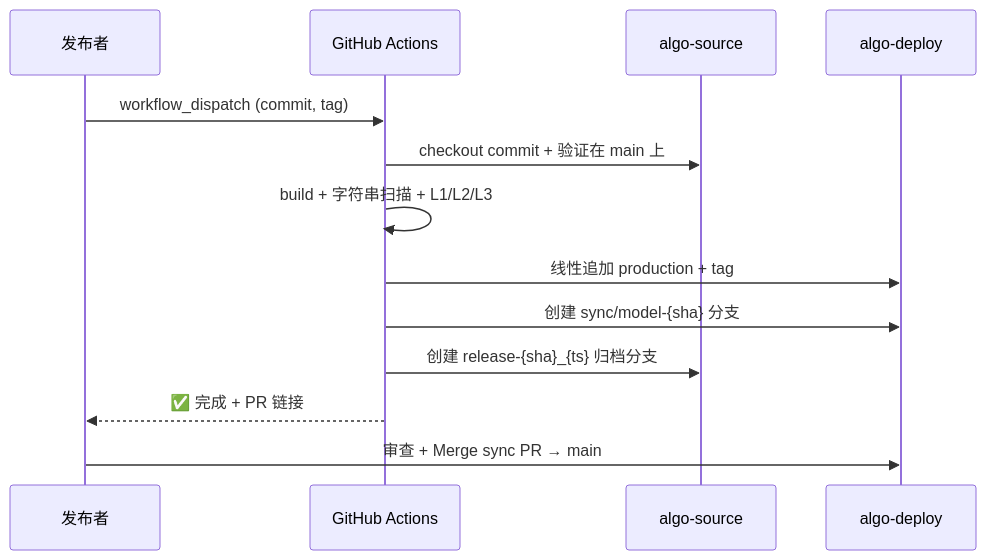
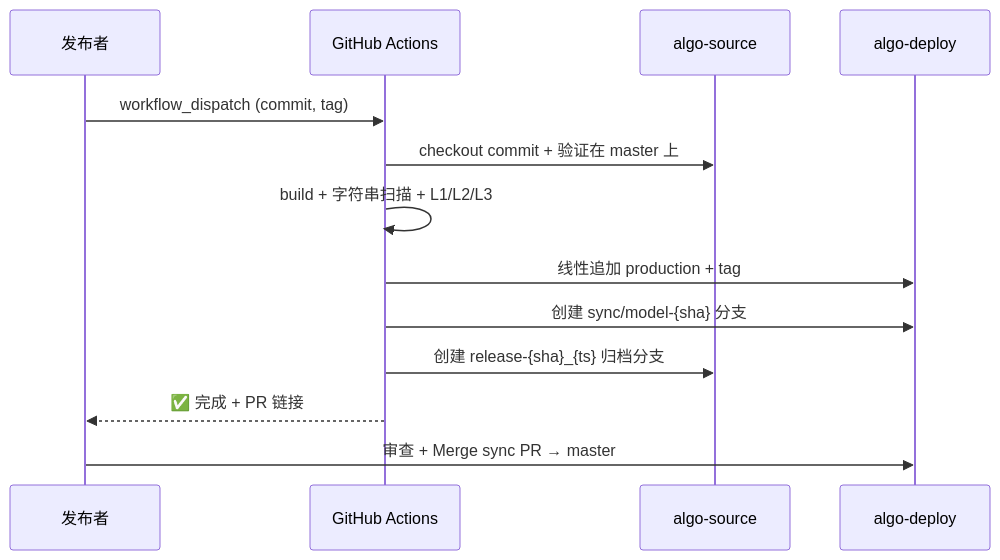
The second of 2 diagrams in docs/development-workflow.md (Xubenbenn/algo-source), drawn with Mermaid before and after one commit. The commit also changed other lines of this file and 1 other file, not shown here.

Commit message:
docs: main → master (分支命名统一)

````diff
--- a/docs/development-workflow.md
+++ b/docs/development-workflow.md
@@ -59,16 +59,16 @@
 ```mermaid
 sequenceDiagram
     participant Pub as 发布者
     participant GA as GitHub Actions
     participant Src as algo-source
     participant Dep as algo-deploy
 
     Pub->>GA: workflow_dispatch (commit, tag)
-    GA->>Src: checkout commit + 验证在 main 上
+    GA->>Src: checkout commit + 验证在 master 上
     GA->>GA: build + 字符串扫描 + L1/L2/L3
     GA->>Dep: 线性追加 production + tag
     GA->>Dep: 创建 sync/model-{sha} 分支
     GA->>Src: 创建 release-{sha}_{ts} 归档分支
     GA-->>Pub: ✅ 完成 + PR 链接
-    Pub->>Dep: 审查 + Merge sync PR → main
+    Pub->>Dep: 审查 + Merge sync PR → master
 ```
````
